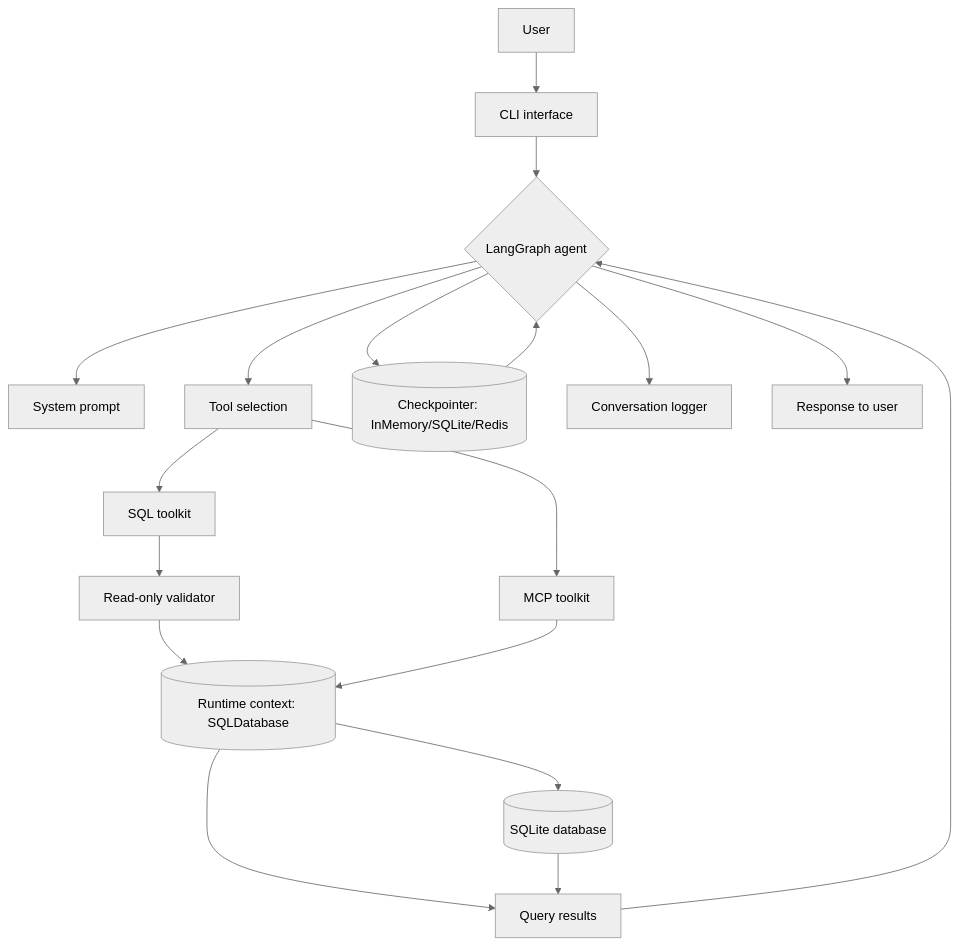
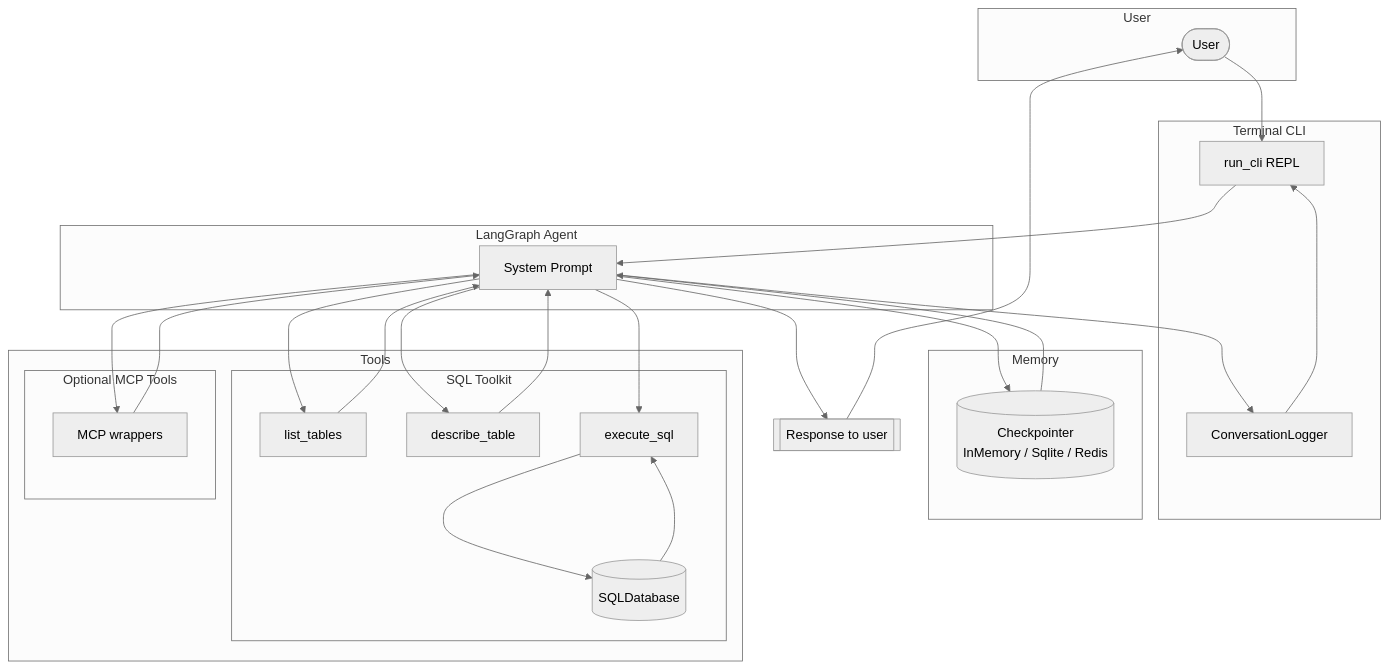
Before and after one commit to msaharan/ds_ai_orchestra: the diagram in ARCHITECTURE.md, drawn with Mermaid (neutral theme). The commit also changed other lines of this file, not shown here.

Commit message:
make architecture accurate representation of the code

````diff
--- a/ARCHITECTURE.md
+++ b/ARCHITECTURE.md
@@ -5,20 +5,49 @@
 ```mermaid
-graph TD
-    User --> CLI[CLI interface]
-    CLI --> Agent{LangGraph agent}
-    Agent --> Prompt[System prompt]
-    Agent --> ToolSelect[Tool selection]
-    ToolSelect --> SQLTools[SQL toolkit]
-    ToolSelect --> MCPTools[MCP toolkit]
-    SQLTools --> Validator[Read-only validator]
-    Validator --> Runtime[(Runtime context: SQLDatabase)]
-    Runtime --> Database[(SQLite database)]
-    MCPTools --> Runtime
-    Runtime --> Result[Query results]
-    Result --> Agent
-    Agent --> Memory[(Checkpointer: InMemory/SQLite/Redis)]
-    Memory --> Agent
-    Agent --> Logger[Conversation logger]
-    Agent --> Output[Response to user]
-    Database --> Result
+flowchart TD
+    subgraph User
+        U([User])
+    end
+
+    subgraph CLI[Terminal CLI]
+        REPL[run_cli REPL]
+        LOG[ConversationLogger]
+    end
+
+    subgraph Agent[LangGraph Agent]
+        PROMPT[System Prompt]
+    end
+
+    subgraph Memory
+        CHECKPOINT[(Checkpointer<br/>InMemory / Sqlite / Redis)]
+    end
+
+    subgraph Tools
+        subgraph SQL[SQL Toolkit]
+            LIST[list_tables]
+            DESC[describe_table]
+            EXEC[execute_sql]
+            DB[(SQLDatabase)]
+        end
+        subgraph MCP[Optional MCP Tools]
+            MCPWRAP[MCP wrappers]
+        end
+    end
+
+    U --> REPL
+    REPL --> PROMPT
+    PROMPT --> CHECKPOINT
+    CHECKPOINT --> PROMPT
+    PROMPT --> LIST
+    PROMPT --> DESC
+    PROMPT --> EXEC
+    EXEC --> DB
+    DB --> EXEC
+    LIST --> PROMPT
+    DESC --> PROMPT
+    PROMPT --> MCPWRAP
+    MCPWRAP --> PROMPT
+    PROMPT --> LOG
+    LOG --> REPL
+    PROMPT --> OUTPUT[[Response to user]]
+    OUTPUT --> U
 ```
````
